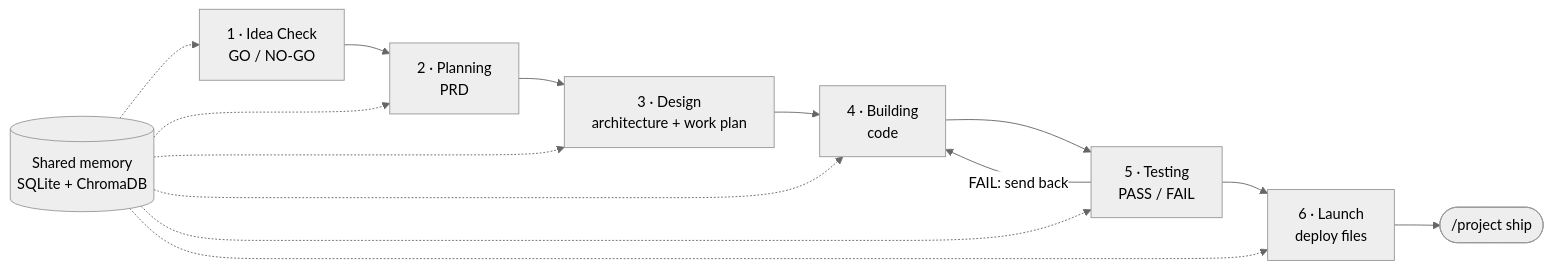
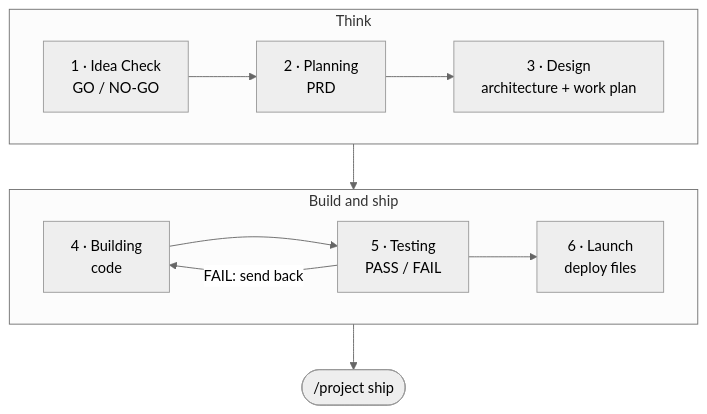
One commit to sri-venkat-22/loom changed the second of 2 diagrams in README.md. Above: the diagram before and after it, drawn with Mermaid (neutral theme). The commit also changed other lines of this file, not shown here.

Commit message:
README: make the agent-loop and /project diagrams readable in GitHub's column, and replace the parallel-builders diagram that rendered blank inside a collapsed section

````diff
--- a/README.md
+++ b/README.md
@@ -391,11 +391,14 @@
 ```mermaid
-flowchart LR
-    I["1 · Idea Check<br/>GO / NO-GO"] --> PL["2 · Planning<br/>PRD"]
-    PL --> D["3 · Design<br/>architecture + work plan"]
-    D --> B["4 · Building<br/>code"]
-    B --> T["5 · Testing<br/>PASS / FAIL"]
+flowchart TD
+    subgraph think [" Think "]
+        direction LR
+        I["1 · Idea Check<br/>GO / NO-GO"] --> PL["2 · Planning<br/>PRD"] --> D["3 · Design<br/>architecture + work plan"]
+    end
+    subgraph make [" Build and ship "]
+        direction LR
+        B["4 · Building<br/>code"] --> T["5 · Testing<br/>PASS / FAIL"] --> L["6 · Launch<br/>deploy files"]
+    end
+    D --> B
     T -->|FAIL: send back| B
-    T --> L["6 · Launch<br/>deploy files"]
     L --> S(["/project ship"])
-    M[("Shared memory<br/>SQLite + ChromaDB")] -.-> I & PL & D & B & T & L
 ```
````
